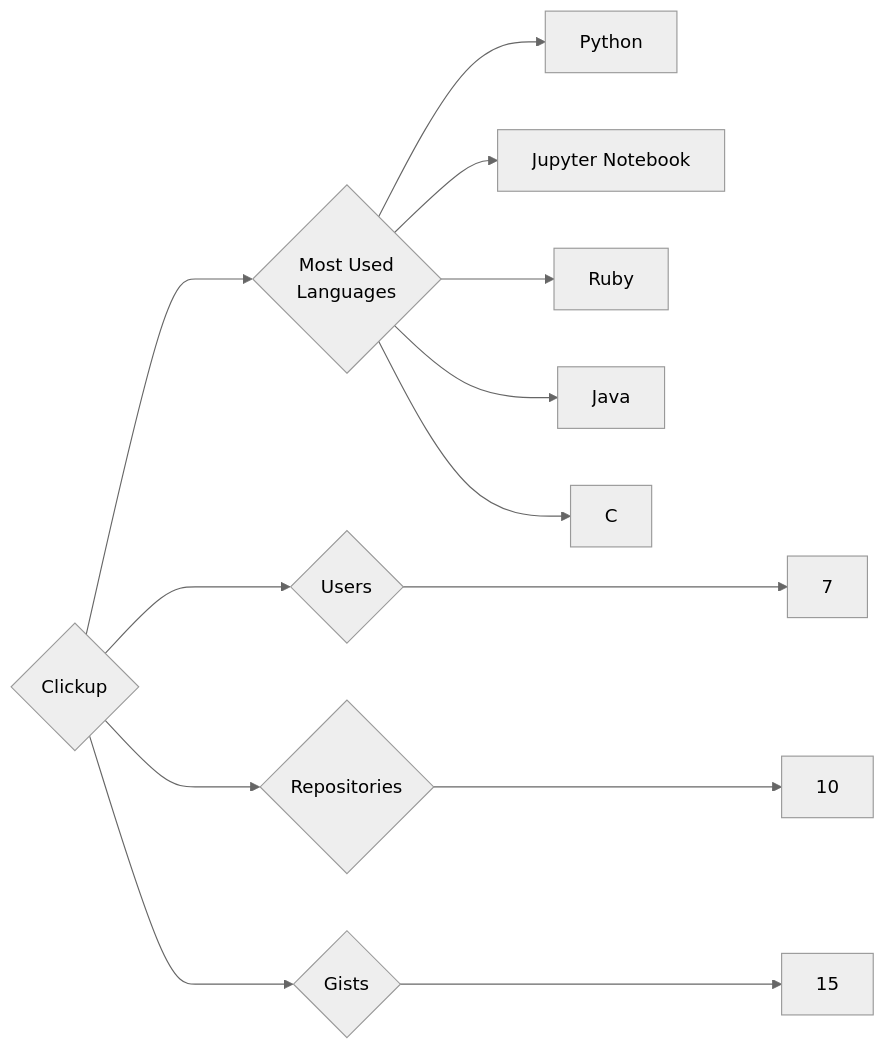
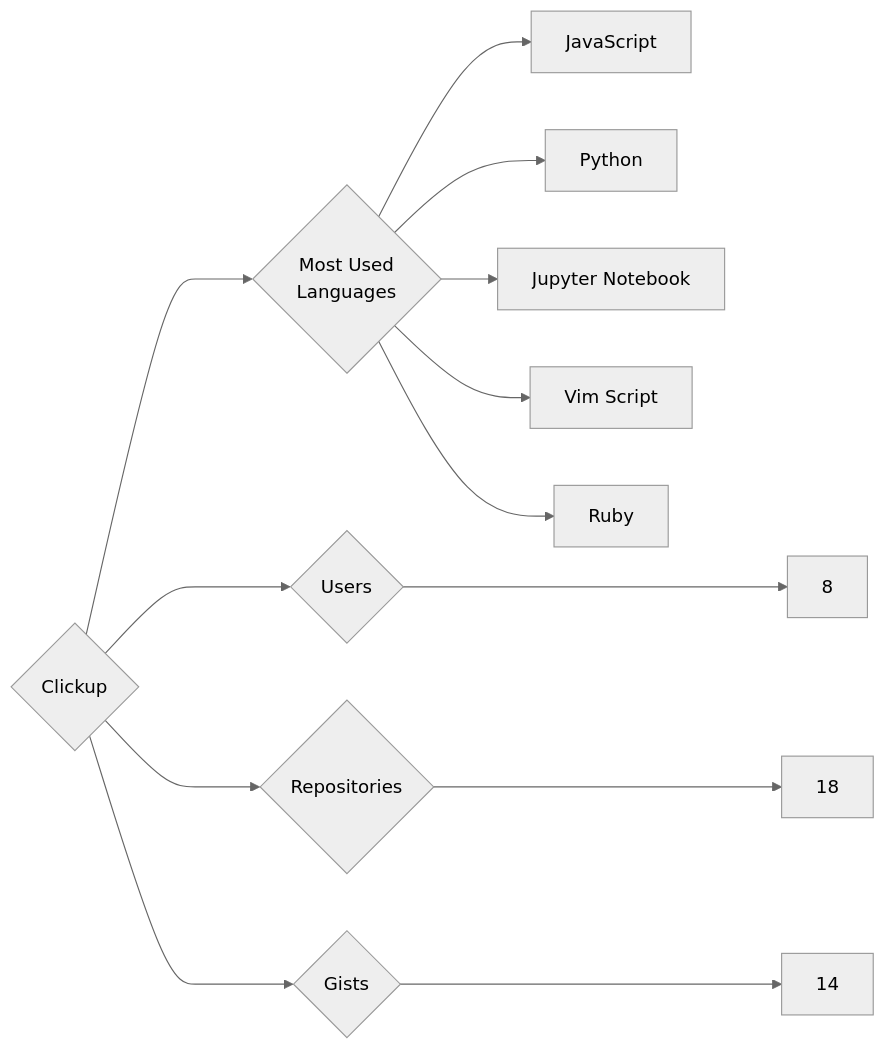
One commit to trickest/insiders changed the diagram in targets/Clickup/README.md. Above: the diagram before and after it, drawn with Mermaid (neutral theme). The commit also changed 1055 other files, not shown here.

````diff
--- a/targets/Clickup/README.md
+++ b/targets/Clickup/README.md
@@ -3,13 +3,13 @@
 ```mermaid
 graph LR
 COMPANY_NAME{Clickup}
-COMPANY_NAME ---> U{Users} ---> UN[7]
-COMPANY_NAME ---> R{Repositories} ---> RN[10]
-COMPANY_NAME ---> G{Gists} ---> GN[15]
+COMPANY_NAME ---> U{Users} ---> UN[8]
+COMPANY_NAME ---> R{Repositories} ---> RN[18]
+COMPANY_NAME ---> G{Gists} ---> GN[14]
 COMPANY_NAME ---> ML{Most Used<br>Languages}
+ML --> JavaScript[JavaScript]
 ML --> Python[Python]
 ML --> Jupyter_Notebook[Jupyter Notebook]
+ML --> Vim_Script[Vim Script]
 ML --> Ruby[Ruby]
-ML --> Java[Java]
-ML --> C[C]
 ```
````
